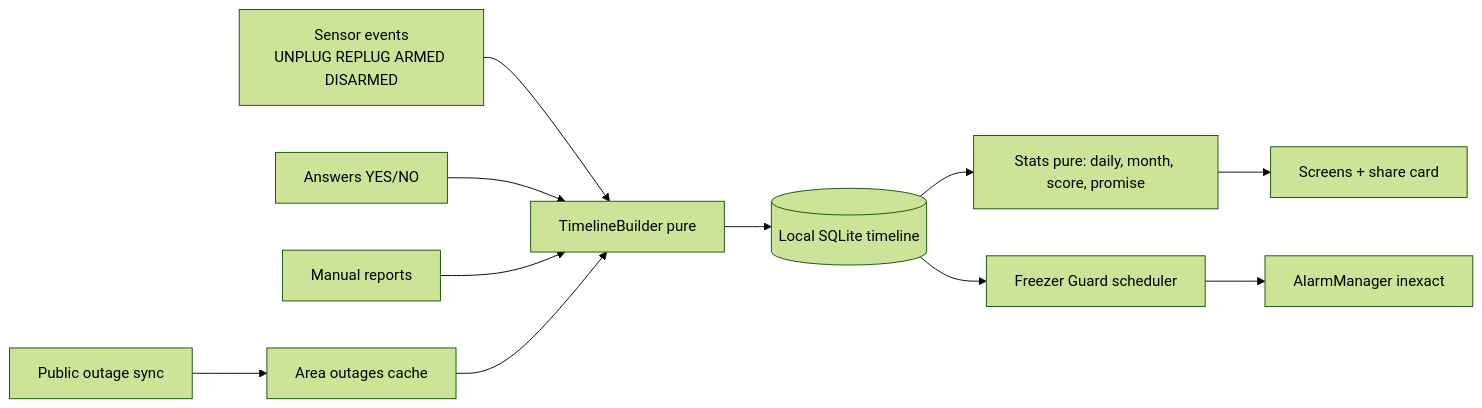
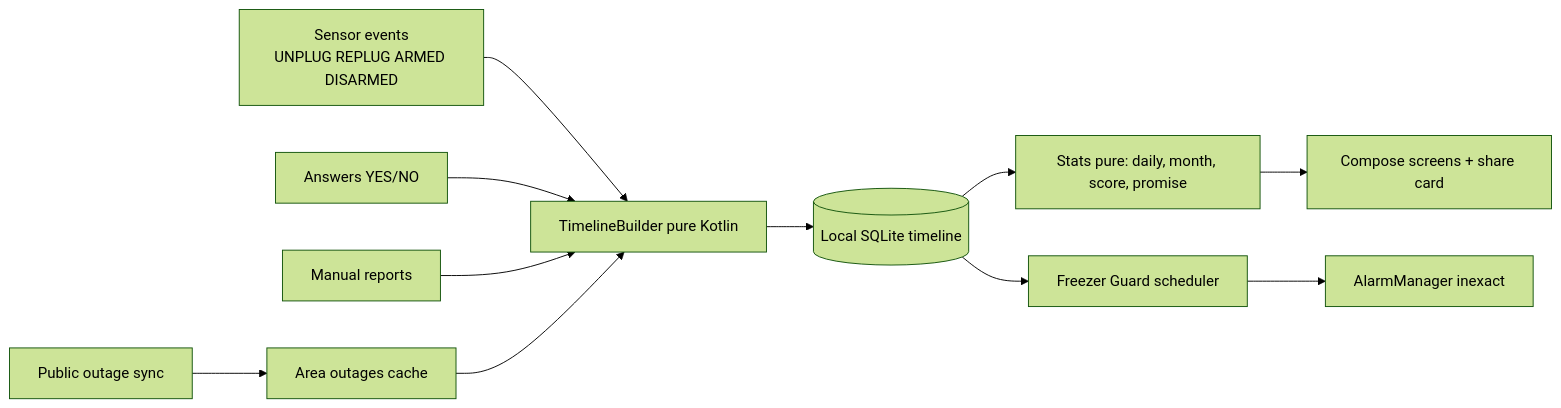
The first of 5 diagrams in .kiro/specs/power-log/design.md (3akare/outage), drawn with Mermaid (forest theme) before and after one commit. The commit also changed other lines of this file and 108 other files, not shown here.

````diff
--- a/.kiro/specs/power-log/design.md
+++ b/.kiro/specs/power-log/design.md
@@ -7,13 +7,13 @@
 ```mermaid
 flowchart LR
-    SE[Sensor events<br/>UNPLUG REPLUG ARMED DISARMED] --> TB[TimelineBuilder pure]
+    SE[Sensor events<br/>UNPLUG REPLUG ARMED DISARMED] --> TB[TimelineBuilder pure Kotlin]
     AN[Answers YES/NO] --> TB
     MR[Manual reports] --> TB
     AO[Area outages cache] --> TB
     TB --> DB[(Local SQLite timeline)]
     DB --> ST[Stats pure: daily, month, score, promise]
-    ST --> UI[Screens + share card]
+    ST --> UI[Compose screens + share card]
     DB --> FG[Freezer Guard scheduler]
     FG --> AM[AlarmManager inexact]
     SY[Public outage sync] --> AO
 ```
````
